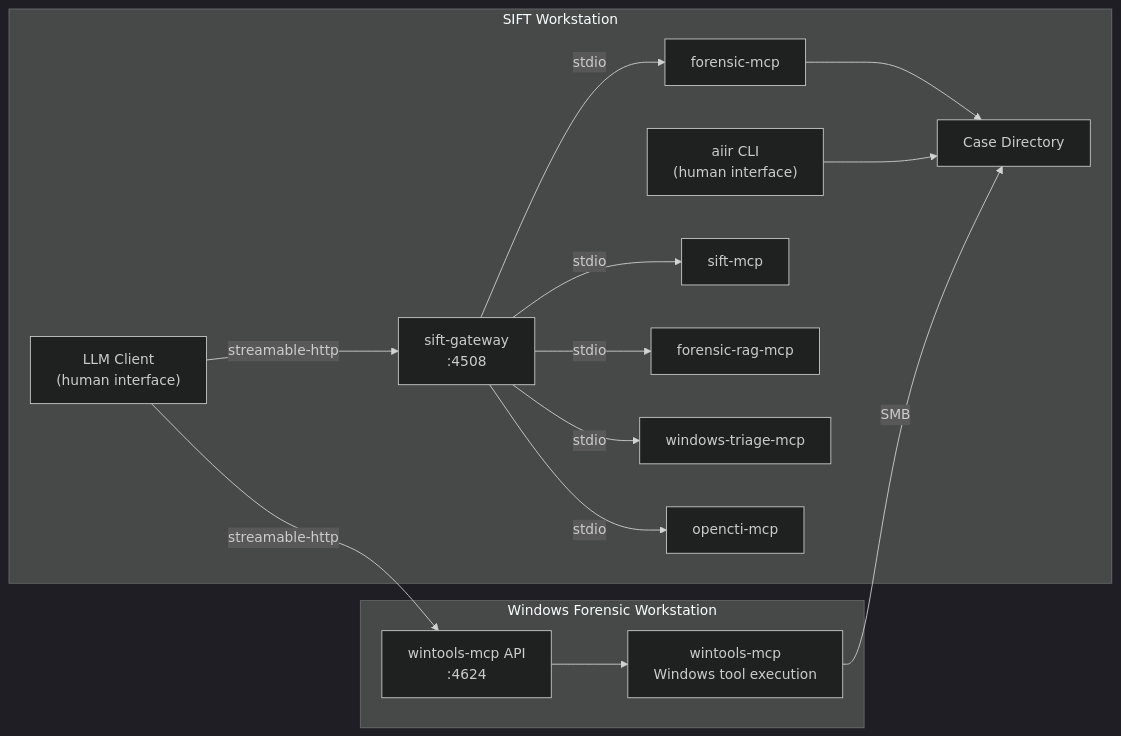
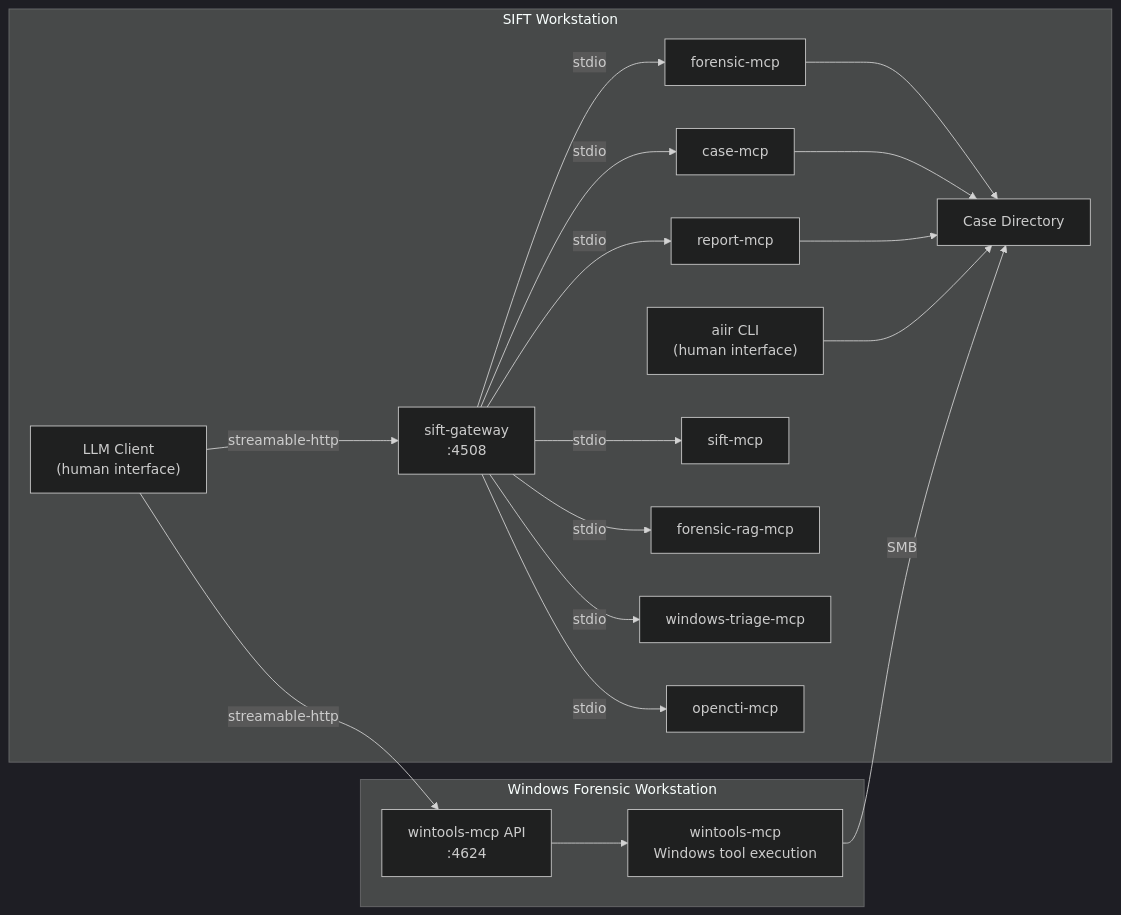
One commit to AppliedIR/aiir changed the fourth of 6 diagrams in README.md. Above: the diagram before and after it, drawn with Mermaid (dark theme). The commit also changed other lines of this file, not shown here.

Commit message:
Update README: add case-mcp and report-mcp to diagrams and component tables

````diff
--- a/README.md
+++ b/README.md
@@ -139,33 +155,39 @@
 ```mermaid
 graph LR
     subgraph sift ["SIFT Workstation"]
         CC["LLM Client<br/>(human interface)"]
         CLI["aiir CLI<br/>(human interface)"]
         GW["sift-gateway<br/>:4508"]
         FM[forensic-mcp]
+        CM[case-mcp]
+        RM[report-mcp]
         SM[sift-mcp]
         FR[forensic-rag-mcp]
         WTR[windows-triage-mcp]
         OC[opencti-mcp]
         CASE[Case Directory]
 
         CC -->|"streamable-http"| GW
         GW -->|stdio| FM
+        GW -->|stdio| CM
+        GW -->|stdio| RM
         GW -->|stdio| SM
         GW -->|stdio| FR
         GW -->|stdio| WTR
         GW -->|stdio| OC
         FM --> CASE
+        CM --> CASE
+        RM --> CASE
         CLI --> CASE
     end
 
     subgraph winbox ["Windows Forensic Workstation"]
         WAPI["wintools-mcp API<br/>:4624"]
         WM["wintools-mcp<br/>Windows tool execution"]
 
         WAPI --> WM
     end
 
     CC -->|"streamable-http"| WAPI
     WM -->|"SMB"| CASE
 ```
````
